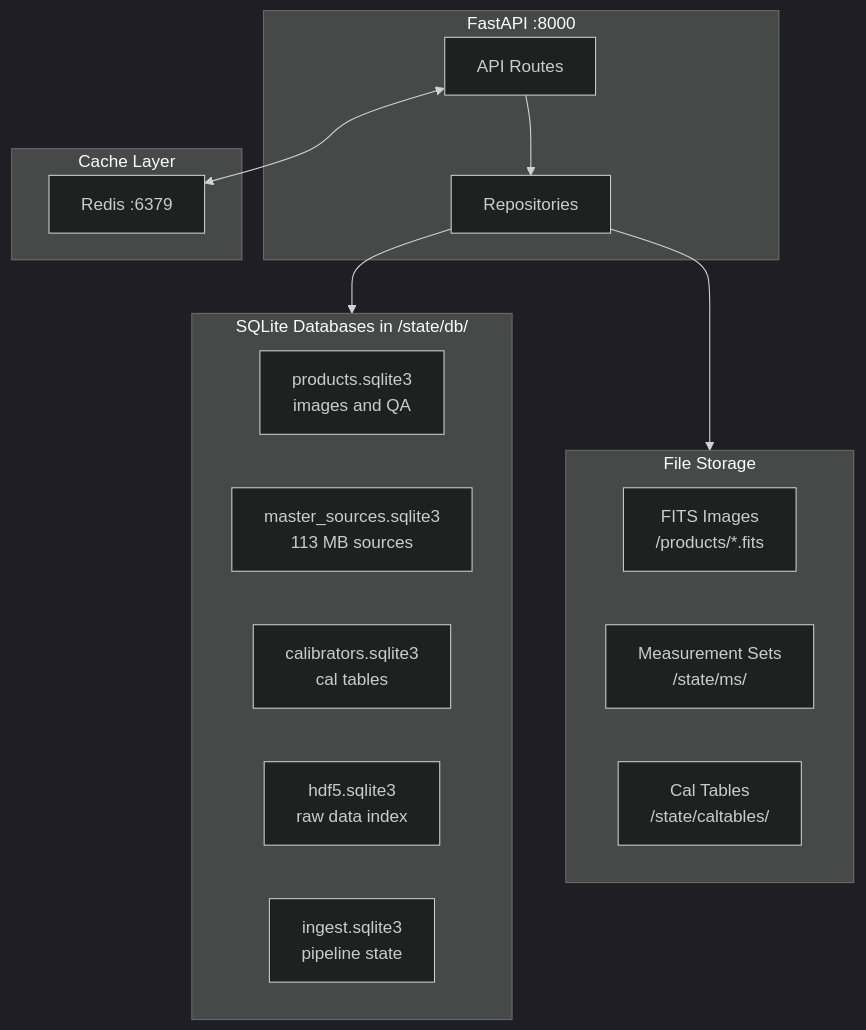
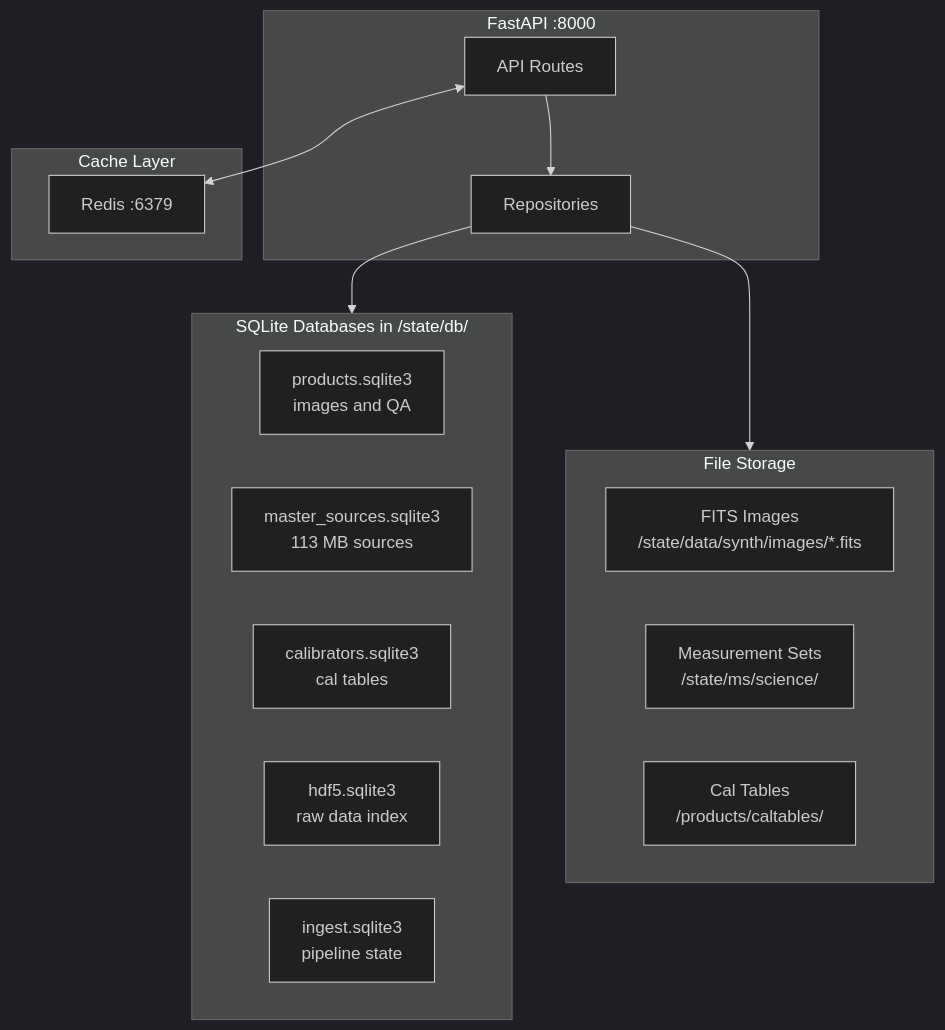
The fourth of 8 diagrams in frontend/docs/ARCHITECTURE.md (dsa110/dsa110-contimg), drawn with Mermaid (dark theme) before and after one commit. The commit also changed other lines of this file, not shown here.

Commit message:
feat: update architecture documentation with revised file storage paths and component mappings

````diff
--- a/frontend/docs/ARCHITECTURE.md
+++ b/frontend/docs/ARCHITECTURE.md
@@ -131,30 +131,30 @@
 ```mermaid
 flowchart TB
     subgraph API["FastAPI :8000"]
         Routes["API Routes"]
         Repos["Repositories"]
     end
 
     subgraph Cache["Cache Layer"]
         Redis["Redis :6379"]
     end
 
     subgraph SQLite["SQLite Databases in /state/db/"]
         DB1["products.sqlite3<br/>images and QA"]
         DB2["master_sources.sqlite3<br/>113 MB sources"]
         DB3["calibrators.sqlite3<br/>cal tables"]
         DB4["hdf5.sqlite3<br/>raw data index"]
         DB5["ingest.sqlite3<br/>pipeline state"]
     end
 
     subgraph Files["File Storage"]
-        FITS["FITS Images<br/>/products/*.fits"]
-        MS["Measurement Sets<br/>/state/ms/"]
-        CAL["Cal Tables<br/>/state/caltables/"]
+        FITS["FITS Images<br/>/state/data/synth/images/*.fits"]
+        MS["Measurement Sets<br/>/state/ms/science/"]
+        CAL["Cal Tables<br/>/products/caltables/"]
     end
 
     Routes --> Repos
     Routes <--> Redis
     Repos --> SQLite
     Repos --> Files
 ```
````
